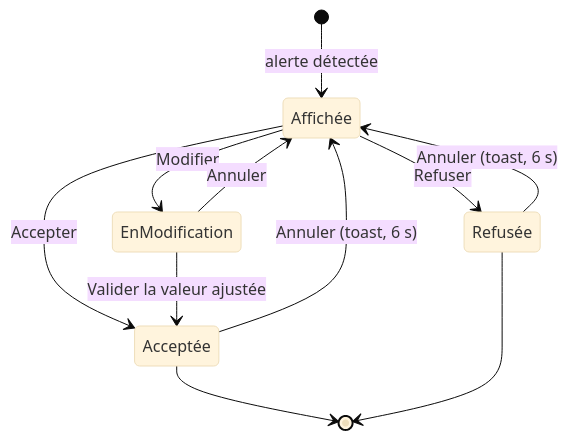
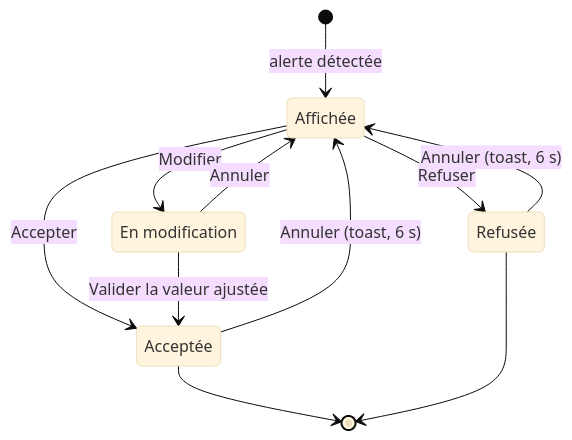
The third of 4 diagrams in docs/02-ux/parcours-utilisateurs.md (mathieublandin-create/taskapp), drawn with Mermaid (base theme) before and after one commit. The commit also changed other lines of this file and 2 other files, not shown here.

Commit message:
Socle UX v0.1 (Steeve) : guide d'ergonomie, parcours, maquettes ECR-001 à 005, squelette du guide utilisateur
Claude-Session: https://claude.ai/code/session_01Hk3QZLP2SbeJzPbgPDyum9

````diff
--- a/docs/02-ux/parcours-utilisateurs.md
+++ b/docs/02-ux/parcours-utilisateurs.md
@@ -176,13 +176,17 @@
 ```mermaid
 stateDiagram-v2
-    [*] --> Affichée : alerte détectée
-    Affichée --> Acceptée : Accepter
-    Affichée --> EnModification : Modifier
-    EnModification --> Acceptée : Valider la valeur ajustée
-    EnModification --> Affichée : Annuler
-    Affichée --> Refusée : Refuser
-    Acceptée --> Affichée : Annuler (toast, 6 s)
-    Refusée --> Affichée : Annuler (toast, 6 s)
-    Acceptée --> [*]
-    Refusée --> [*]
+    state "Affichée" as Affichee
+    state "En modification" as EnModification
+    state "Acceptée" as Acceptee
+    state "Refusée" as Refusee
+    [*] --> Affichee : alerte détectée
+    Affichee --> Acceptee : Accepter
+    Affichee --> EnModification : Modifier
+    EnModification --> Acceptee : Valider la valeur ajustée
+    EnModification --> Affichee : Annuler
+    Affichee --> Refusee : Refuser
+    Acceptee --> Affichee : Annuler (toast, 6 s)
+    Refusee --> Affichee : Annuler (toast, 6 s)
+    Acceptee --> [*]
+    Refusee --> [*]
 ```
````
